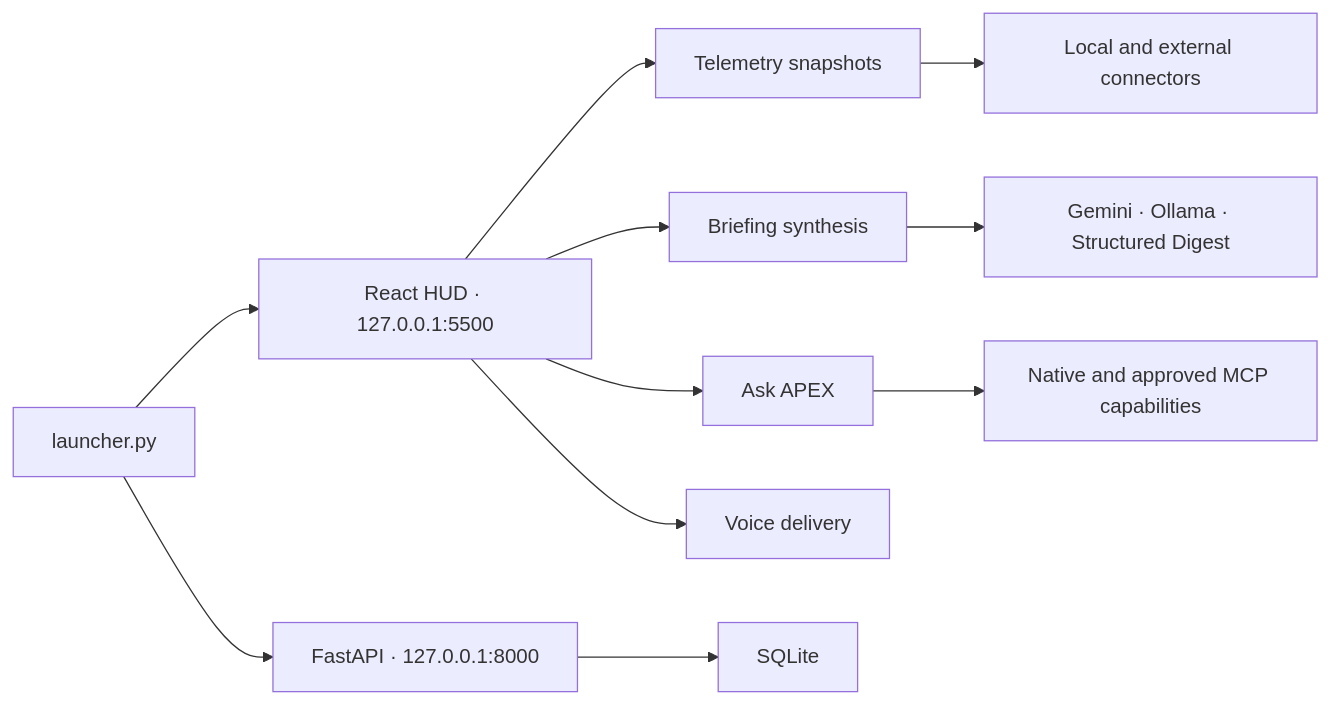
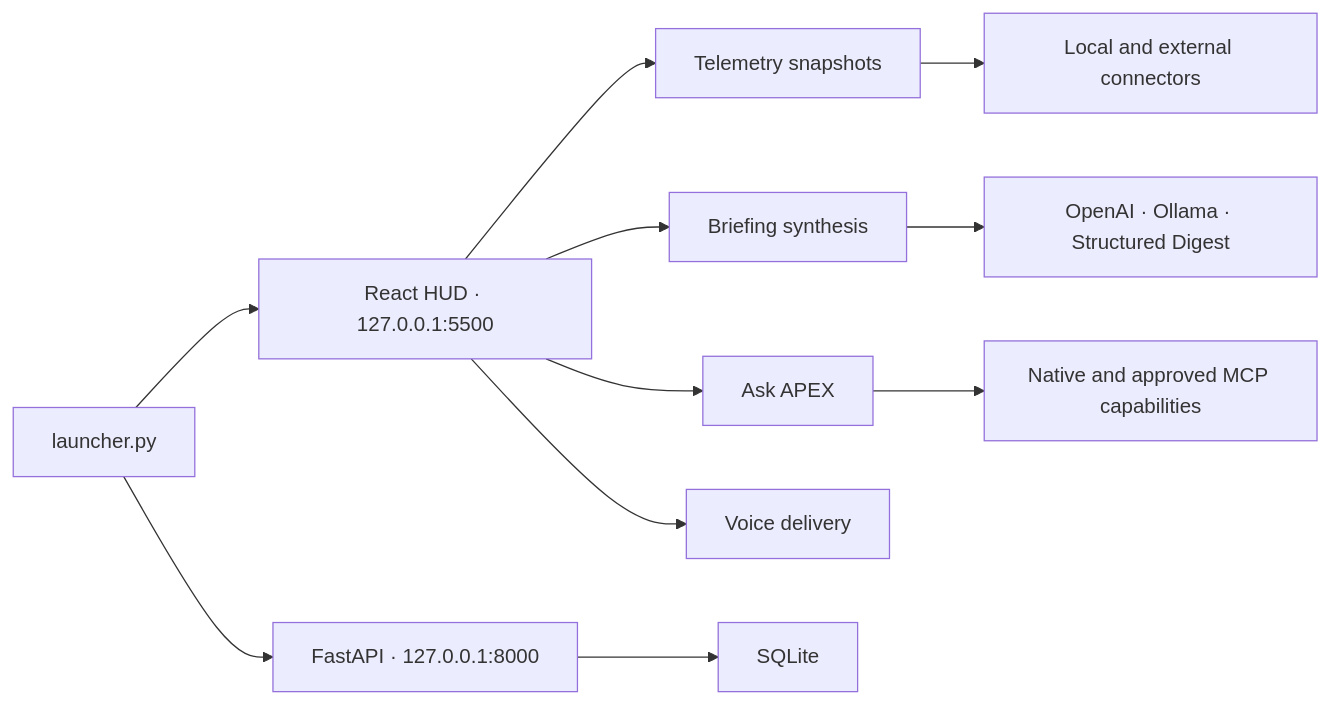
The diagram in README.md (edumarcano/APEX), drawn with Mermaid before and after one commit. The commit also changed other lines of this file and 62 other files, not shown here.

````diff
--- a/README.md
+++ b/README.md
@@ -54,13 +70,13 @@
 ```mermaid
 flowchart LR
     L["launcher.py"] --> API["FastAPI · 127.0.0.1:8000"]
     L --> HUD["React HUD · 127.0.0.1:5500"]
     HUD --> T["Telemetry snapshots"]
     HUD --> B["Briefing synthesis"]
     HUD --> A["Ask APEX"]
     HUD --> V["Voice delivery"]
     T --> C["Local and external connectors"]
-    B --> M["Gemini · Ollama · Structured Digest"]
+    B --> M["OpenAI · Ollama · Structured Digest"]
     A --> P["Native and approved MCP capabilities"]
     API --> DB["SQLite"]
 ```
````
